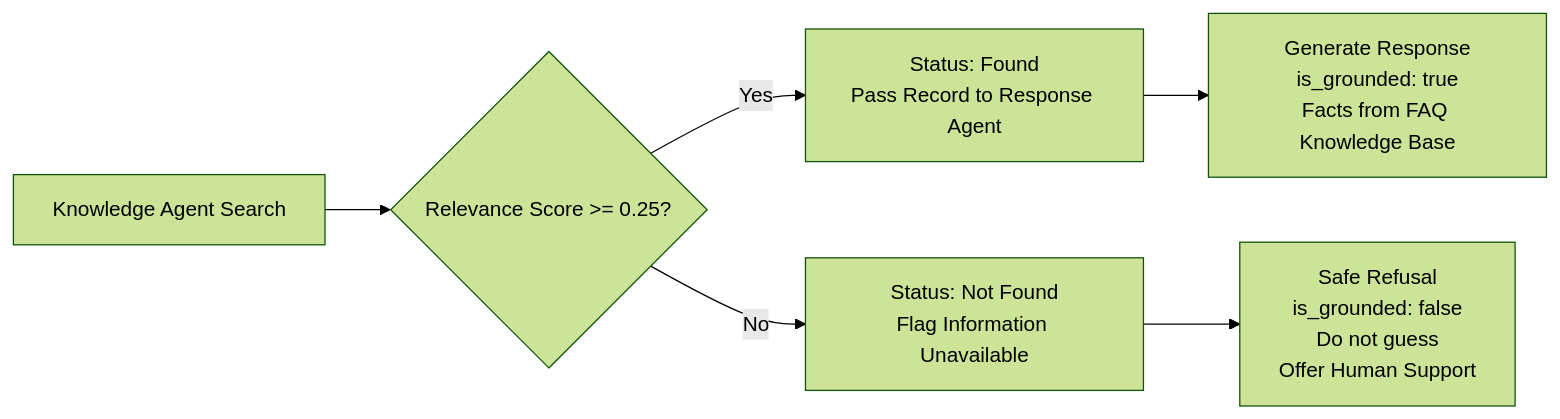
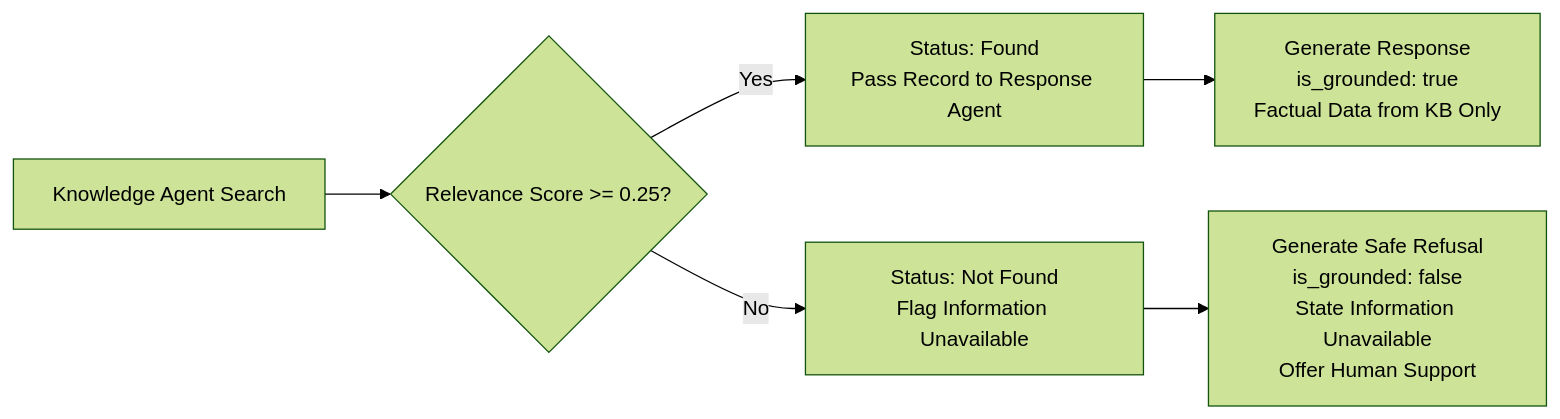
The second of 2 diagrams in README.md (haniaeman2026-pixel/ShopSmart-AI), drawn with Mermaid (forest theme) before and after one commit. The commit also changed other lines of this file, not shown here.

````diff
--- a/README.md
+++ b/README.md
@@ -133,9 +136,9 @@
 ```mermaid
 flowchart LR
     K[Knowledge Agent Search] --> Check{Relevance Score >= 0.25?}
     Check -->|Yes| Matched[Status: Found<br/>Pass Record to Response Agent]
     Check -->|No| Miss[Status: Not Found<br/>Flag Information Unavailable]
 
-    Matched --> Grounded[Generate Response<br/>is_grounded: true<br/>Facts from FAQ Knowledge Base]
-    Miss --> Refusal[Safe Refusal<br/>is_grounded: false<br/>Do not guess<br/>Offer Human Support]
+    Matched --> Grounded[Generate Response<br/>is_grounded: true<br/>Factual Data from KB Only]
+    Miss --> Refusal[Generate Safe Refusal<br/>is_grounded: false<br/>State Information Unavailable<br/>Offer Human Support]
 ```
````
